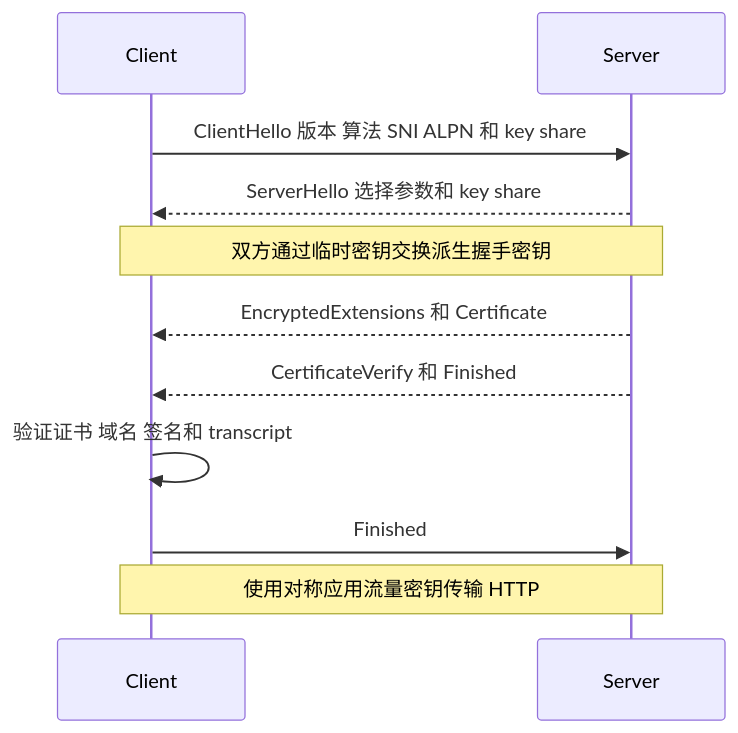
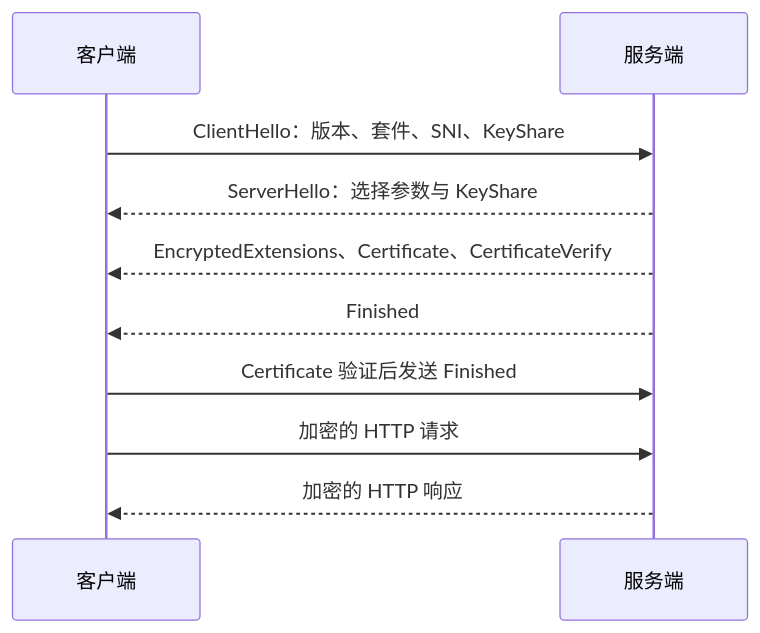
Before and after one commit to ranxi2001/zero2Leetcode: the second of 2 diagrams in 05_interview/fundamentals/cs-core/computer-network/05-tls-debugging/index.md, drawn with Mermaid. The commit also changed other lines of this file and 38 other files, not shown here.

````diff
--- a/05_interview/fundamentals/cs-core/computer-network/05-tls-debugging/index.md
+++ b/05_interview/fundamentals/cs-core/computer-network/05-tls-debugging/index.md
@@ -94,13 +72,12 @@
 ```mermaid
 sequenceDiagram
-    participant C as Client
-    participant S as Server
-    C->>S: ClientHello 版本 算法 SNI ALPN 和 key share
-    S-->>C: ServerHello 选择参数和 key share
-    Note over C,S: 双方通过临时密钥交换派生握手密钥
-    S-->>C: EncryptedExtensions 和 Certificate
-    S-->>C: CertificateVerify 和 Finished
-    C->>C: 验证证书 域名 签名和 transcript
-    C->>S: Finished
-    Note over C,S: 使用对称应用流量密钥传输 HTTP
+    participant C as 客户端
+    participant S as 服务端
+    C->>S: ClientHello：版本、套件、SNI、KeyShare
+    S-->>C: ServerHello：选择参数与 KeyShare
+    S-->>C: EncryptedExtensions、Certificate、CertificateVerify
+    S-->>C: Finished
+    C->>S: Certificate 验证后发送 Finished
+    C->>S: 加密的 HTTP 请求
+    S-->>C: 加密的 HTTP 响应
 ```
````
